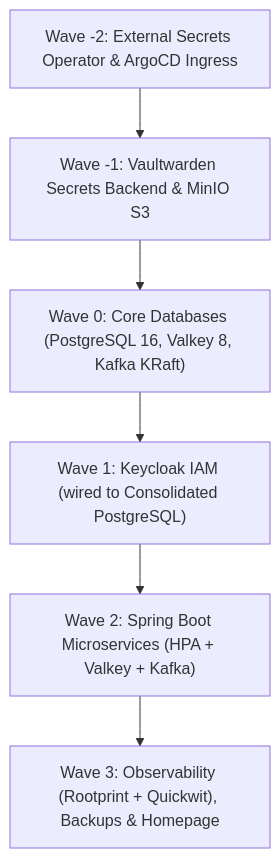
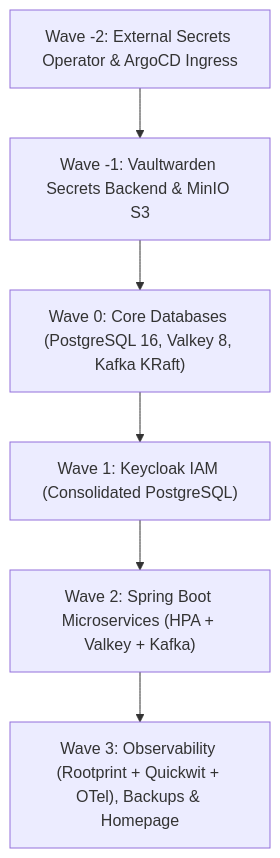
One commit to Nikhil12894/k3s-gitops changed the first of 2 diagrams in README.md. Above: the diagram before and after it, drawn with Mermaid. The commit also changed other lines of this file, not shown here.

Commit message:
docs: update architecture with MinIO S3-backed Rootprint, Quickwit, and OTel collector

````diff
--- a/README.md
+++ b/README.md
@@ -11,11 +11,11 @@
 ```mermaid
 flowchart TD
   Wminus2["Wave -2: External Secrets Operator & ArgoCD Ingress"]
   Wminus1["Wave -1: Vaultwarden Secrets Backend & MinIO S3"]
   W0["Wave 0: Core Databases (PostgreSQL 16, Valkey 8, Kafka KRaft)"]
-  W1["Wave 1: Keycloak IAM (wired to Consolidated PostgreSQL)"]
+  W1["Wave 1: Keycloak IAM (Consolidated PostgreSQL)"]
   W2["Wave 2: Spring Boot Microservices (HPA + Valkey + Kafka)"]
-  W3["Wave 3: Observability (Rootprint + Quickwit), Backups & Homepage"]
+  W3["Wave 3: Observability (Rootprint + Quickwit + OTel), Backups & Homepage"]
 
   Wminus2 --> Wminus1 --> W0 --> W1 --> W2 --> W3
 ```
````
